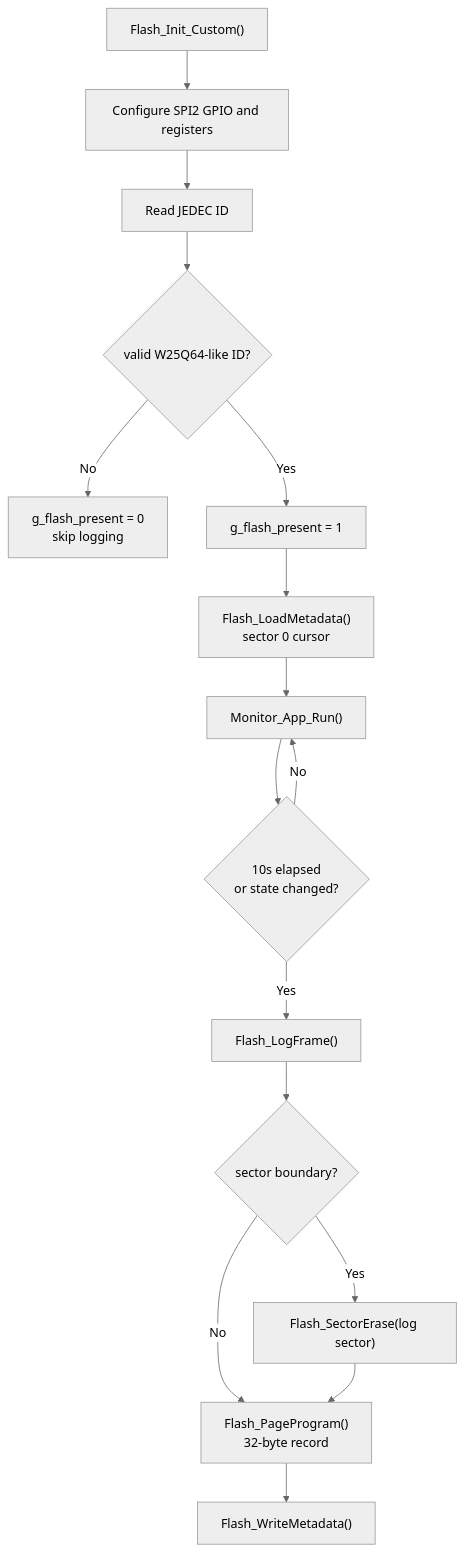
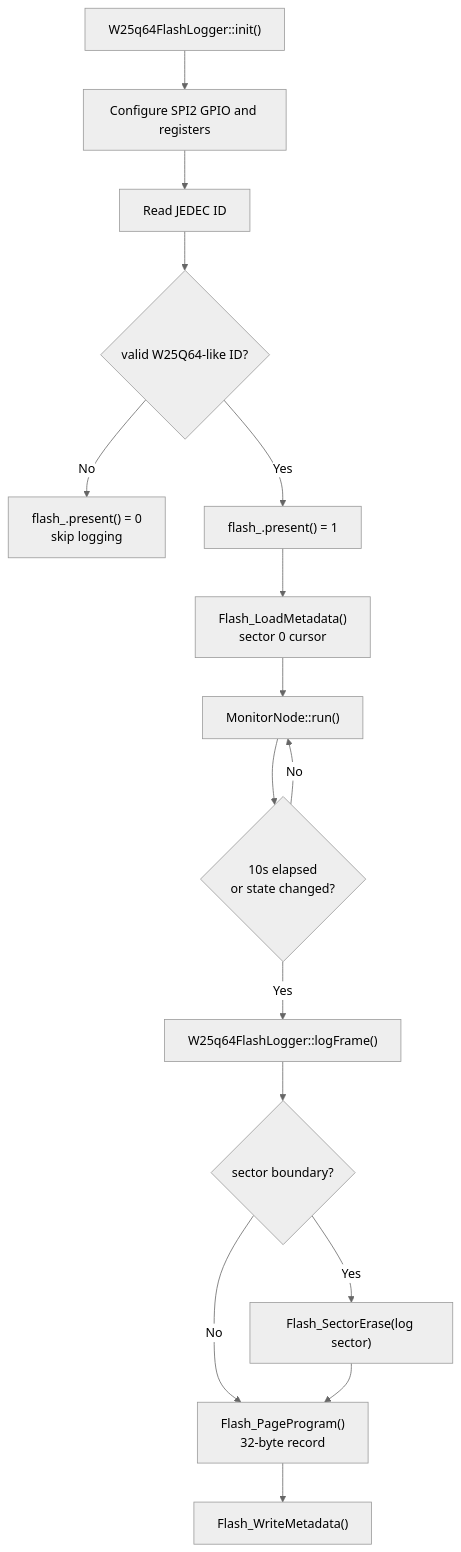
One commit to Cusnd/dual-stm32-safety-monitor changed diagram 12 of 14 in docs/FUNCTION_DESIGN_WALKTHROUGH.zh-CN.md. Above: the diagram before and after it, drawn with Mermaid (neutral theme). The commit also changed other lines of this file and 78 other files, not shown here.

````diff
--- a/docs/FUNCTION_DESIGN_WALKTHROUGH.zh-CN.md
+++ b/docs/FUNCTION_DESIGN_WALKTHROUGH.zh-CN.md
@@ -404,18 +404,18 @@
 ```mermaid
 flowchart TD
-  I["Flash_Init_Custom()"] --> SPI["Configure SPI2 GPIO and registers"]
+  I["W25q64FlashLogger::init()"] --> SPI["Configure SPI2 GPIO and registers"]
   SPI --> ID["Read JEDEC ID"]
   ID --> OK{"valid W25Q64-like ID?"}
-  OK -->|"No"| OFF["g_flash_present = 0\nskip logging"]
-  OK -->|"Yes"| ON["g_flash_present = 1"]
+  OK -->|"No"| OFF["flash_.present() = 0\nskip logging"]
+  OK -->|"Yes"| ON["flash_.present() = 1"]
   ON --> META["Flash_LoadMetadata()\nsector 0 cursor"]
-  META --> RUN["Monitor_App_Run()"]
+  META --> RUN["MonitorNode::run()"]
   RUN --> LOG{"10s elapsed\nor state changed?"}
-  LOG -->|"Yes"| REC["Flash_LogFrame()"]
+  LOG -->|"Yes"| REC["W25q64FlashLogger::logFrame()"]
   REC --> WRAP{"sector boundary?"}
   WRAP -->|"Yes"| ERASE["Flash_SectorErase(log sector)"]
   WRAP -->|"No"| PP
   ERASE --> PP["Flash_PageProgram()\n32-byte record"]
   PP --> META2["Flash_WriteMetadata()"]
   LOG -->|"No"| RUN
 ```
````
